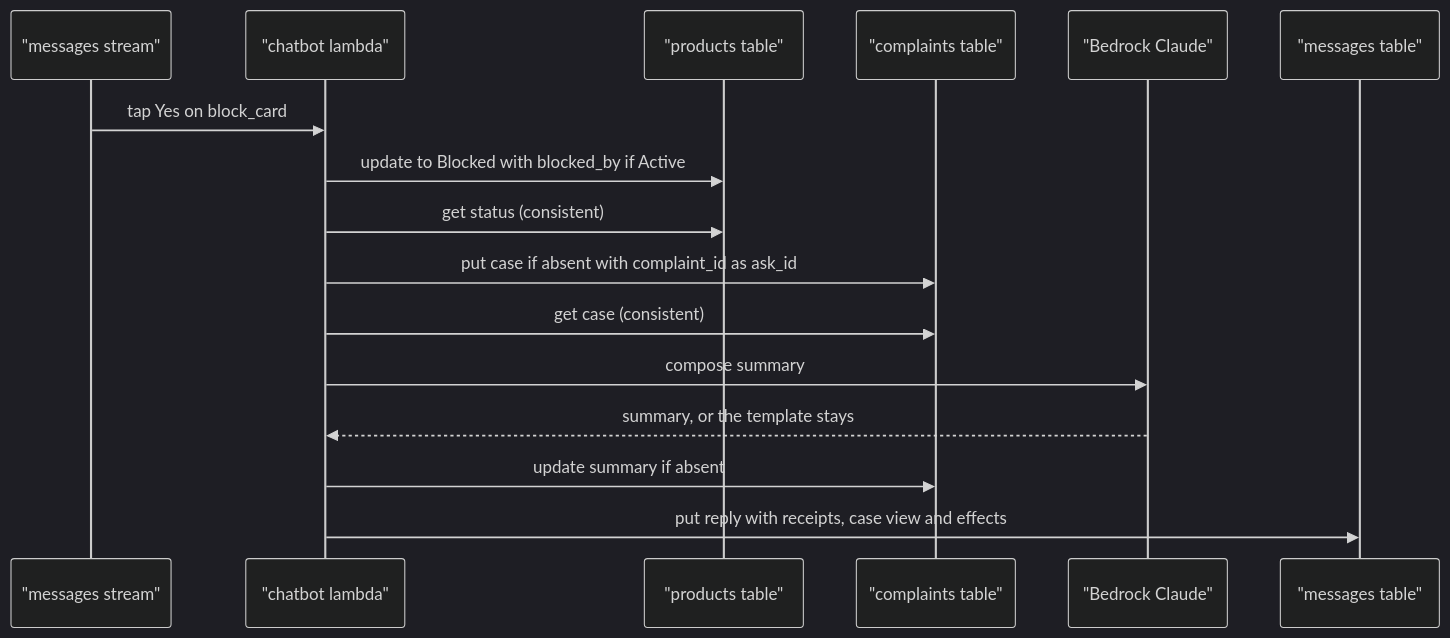
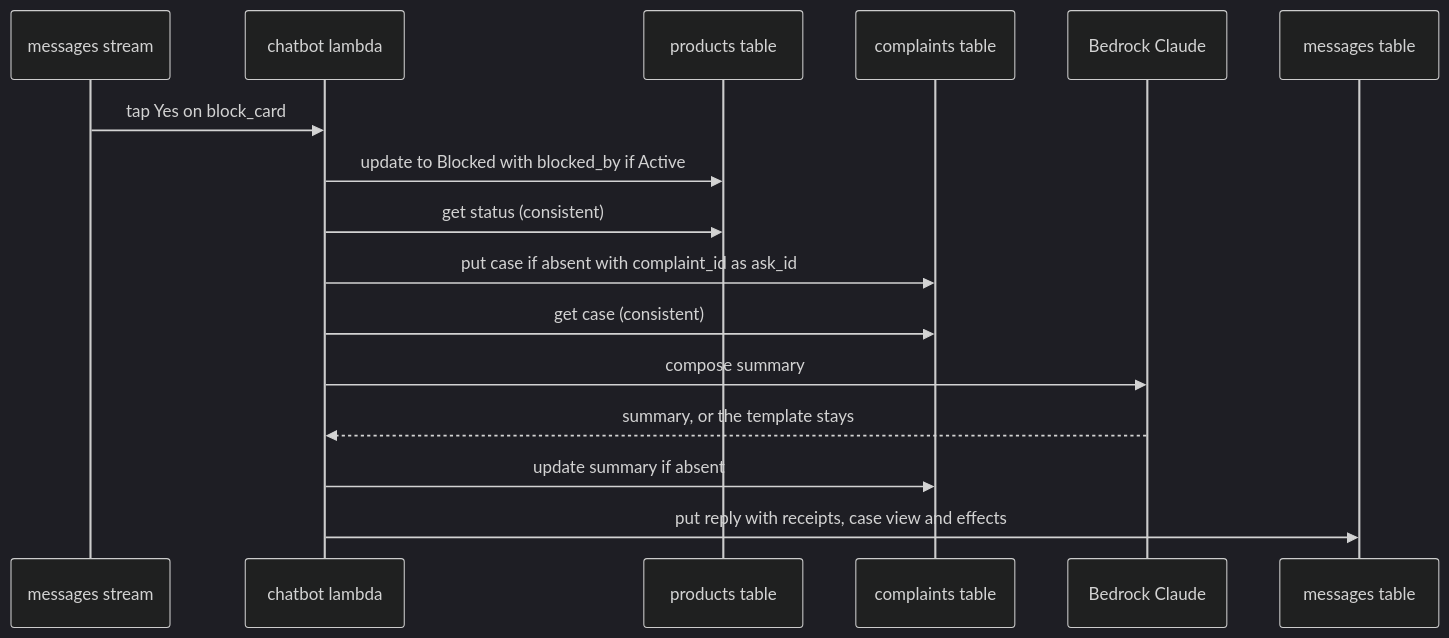
One commit to Team-ACGS/factored-hackathon-2026-acgs changed the fifth of 17 diagrams in docs/modules/assistant/flows.md. Above: the diagram before and after it, drawn with Mermaid (dark theme). The commit also changed other lines of this file and 6 other files, not shown here.

Commit message:
docs(assistant,cases,data,identity,messaging): reviewer findings on flows and readme, round 2

````diff
--- a/docs/modules/assistant/flows.md
+++ b/docs/modules/assistant/flows.md
@@ -200,18 +208,18 @@
 ```mermaid
 sequenceDiagram
-  participant Stream as "messages stream"
-  participant Chatbot as "chatbot lambda"
-  participant Products as "products table"
-  participant Complaints as "complaints table"
-  participant Bedrock as "Bedrock Claude"
-  participant Messages as "messages table"
+  participant Stream as messages stream
+  participant Chatbot as chatbot lambda
+  participant Products as products table
+  participant Complaints as complaints table
+  participant Bedrock as Bedrock Claude
+  participant Messages as messages table
   Stream->>Chatbot: tap Yes on block_card
   Chatbot->>Products: update to Blocked with blocked_by if Active
   Chatbot->>Products: get status (consistent)
   Chatbot->>Complaints: put case if absent with complaint_id as ask_id
   Chatbot->>Complaints: get case (consistent)
   Chatbot->>Bedrock: compose summary
   Bedrock-->>Chatbot: summary, or the template stays
   Chatbot->>Complaints: update summary if absent
   Chatbot->>Messages: put reply with receipts, case view and effects
 ```
````
